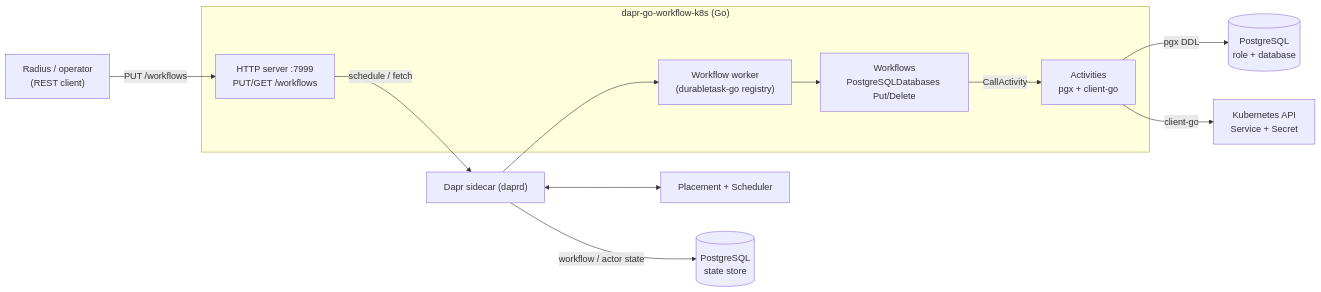
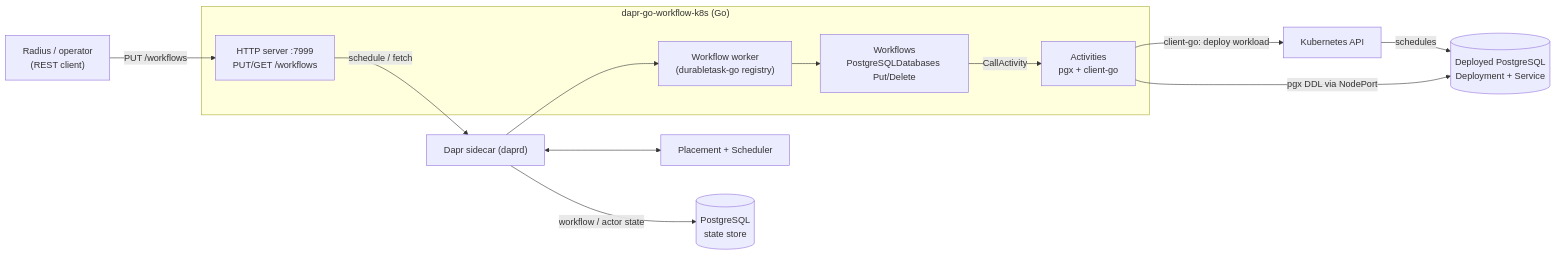
One commit to AndriyKalashnykov/dapr-go-workflow-k8s changed the diagram in README.md. Above: the diagram before and after it, drawn with Mermaid. The commit also changed other lines of this file and 13 other files, not shown here.

First line of the commit message:
feat: deploy a real PostgreSQL workload per recipe (Deployment + Service + Secret) (#61)

````diff
--- a/README.md
+++ b/README.md
@@ -68,24 +69,25 @@
 ```mermaid
 flowchart LR
   client["Radius / operator<br/>(REST client)"]
   subgraph app["dapr-go-workflow-k8s (Go)"]
     http["HTTP server :7999<br/>PUT/GET /workflows"]
     worker["Workflow worker<br/>(durabletask-go registry)"]
     wf["Workflows<br/>PostgreSQLDatabases Put/Delete"]
     act["Activities<br/>pgx + client-go"]
   end
   daprd["Dapr sidecar (daprd)"]
   ctrl["Placement + Scheduler"]
   pg[("PostgreSQL<br/>state store")]
-  pgadmin[("PostgreSQL<br/>role + database")]
-  k8s["Kubernetes API<br/>Service + Secret"]
+  k8s["Kubernetes API"]
+  pgwl[("Deployed PostgreSQL<br/>Deployment + Service")]
   client -->|"PUT /workflows"| http
   http -->|"schedule / fetch"| daprd
   daprd --> worker
   worker --> wf
   wf -->|"CallActivity"| act
-  act -->|"pgx DDL"| pgadmin
-  act -->|"client-go"| k8s
+  act -->|"client-go: deploy workload"| k8s
+  k8s -->|"schedules"| pgwl
+  act -->|"pgx DDL via NodePort"| pgwl
   daprd <--> ctrl
   daprd -->|"workflow / actor state"| pg
 ```
````
